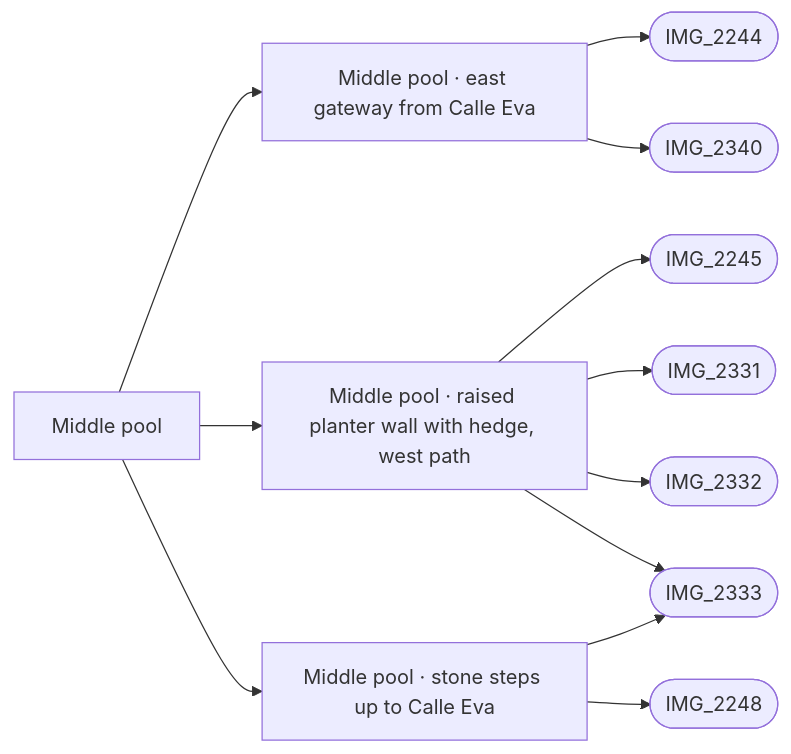
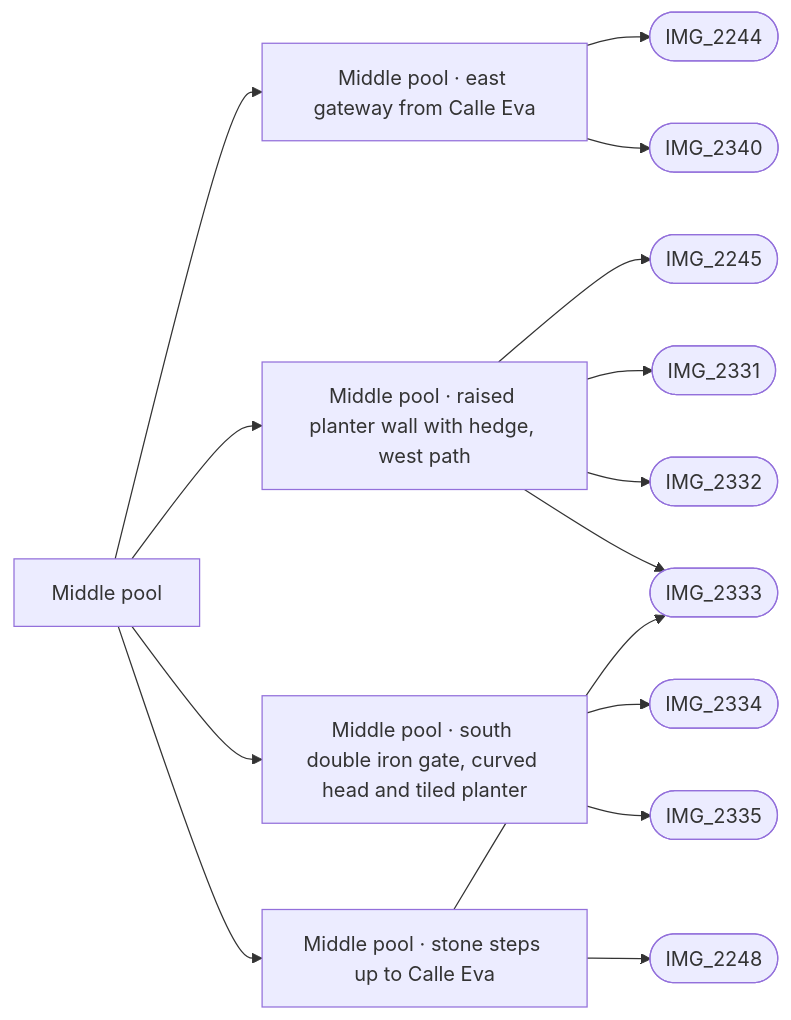
One commit to daveyboyc/villacana-venture changed the diagram in refs/areas/middle-pool.md. Above: the diagram before and after it, drawn with Mermaid. The commit also changed other lines of this file and 26 other files, not shown here.

Commit message:
Build photo-backed level south pool gate and tiled planter for issue 39

````diff
--- a/refs/areas/middle-pool.md
+++ b/refs/areas/middle-pool.md
@@ -53,15 +54,18 @@
 ```mermaid
 graph LR
   A["Middle pool"]
   A --> F0["Middle pool · east gateway from Calle Eva"]
   F0 --> PIMG_2244_jpg(["IMG_2244"])
   F0 --> PIMG_2340_jpg(["IMG_2340"])
   A --> F1["Middle pool · raised planter wall with hedge, west path"]
   F1 --> PIMG_2245_jpg(["IMG_2245"])
   F1 --> PIMG_2331_jpg(["IMG_2331"])
   F1 --> PIMG_2332_jpg(["IMG_2332"])
   F1 --> PIMG_2333_jpg(["IMG_2333"])
-  A --> F2["Middle pool · stone steps up to Calle Eva"]
-  F2 --> PIMG_2248_jpg(["IMG_2248"])
-  F2 --> PIMG_2333_jpg(["IMG_2333"])
+  A --> F2["Middle pool · south double iron gate, curved head and tiled planter"]
+  F2 --> PIMG_2334_jpg(["IMG_2334"])
+  F2 --> PIMG_2335_jpg(["IMG_2335"])
+  A --> F3["Middle pool · stone steps up to Calle Eva"]
+  F3 --> PIMG_2248_jpg(["IMG_2248"])
+  F3 --> PIMG_2333_jpg(["IMG_2333"])
 ```
````
